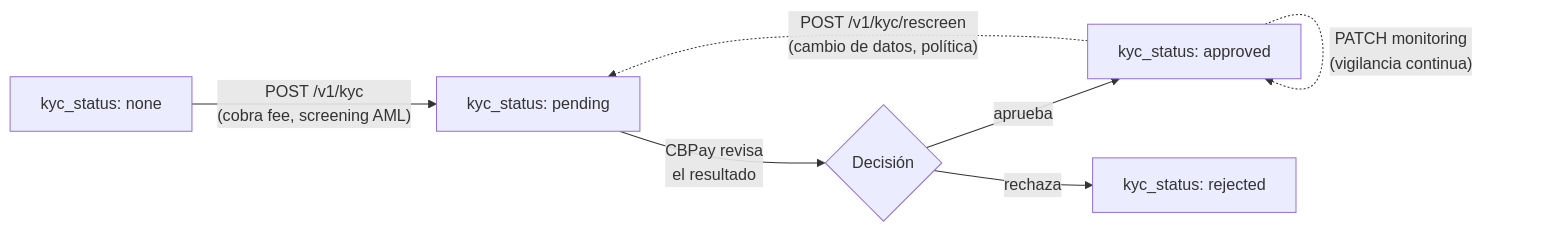
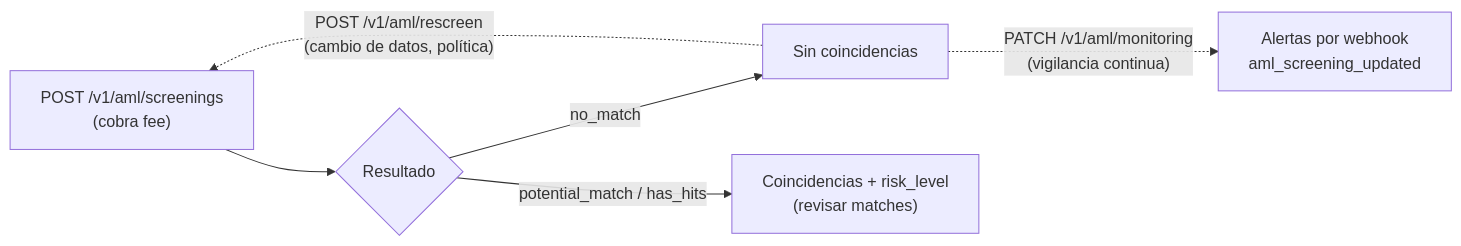
Before and after one commit to SaturoS17/docs: diagram 22 of 25 in CBPAY_DOCUMENTACION.md, drawn with Mermaid. The commit also changed other lines of this file and 24 other files, not shown here.

Commit message:
KYC/KYB identity verification + AML screening rename (v1.34)

````diff
--- a/CBPAY_DOCUMENTACION.md
+++ b/CBPAY_DOCUMENTACION.md
@@ -4296,9 +4744,8 @@
 ```mermaid
 flowchart LR
-    none["kyc_status: none"] -->|"POST /v1/kyc<br/>(cobra fee, screening AML)"| pending["kyc_status: pending"]
-    pending -->|"CBPay revisa<br/>el resultado"| decision{"Decisión"}
-    decision -->|"aprueba"| approved["kyc_status: approved"]
-    decision -->|"rechaza"| rejected["kyc_status: rejected"]
-    approved -.->|"POST /v1/kyc/rescreen<br/>(cambio de datos, política)"| pending
-    approved -.->|"PATCH monitoring<br/>(vigilancia continua)"| approved
+    envio["POST /v1/aml/screenings<br/>(cobra fee)"] --> resultado{"Resultado"}
+    resultado -->|"no_match"| ok["Sin coincidencias"]
+    resultado -->|"potential_match / has_hits"| review["Coincidencias + risk_level<br/>(revisar matches)"]
+    ok -.->|"POST /v1/aml/rescreen<br/>(cambio de datos, política)"| envio
+    ok -.->|"PATCH /v1/aml/monitoring<br/>(vigilancia continua)"| monitor["Alertas por webhook<br/>aml_screening_updated"]
 ```
````
